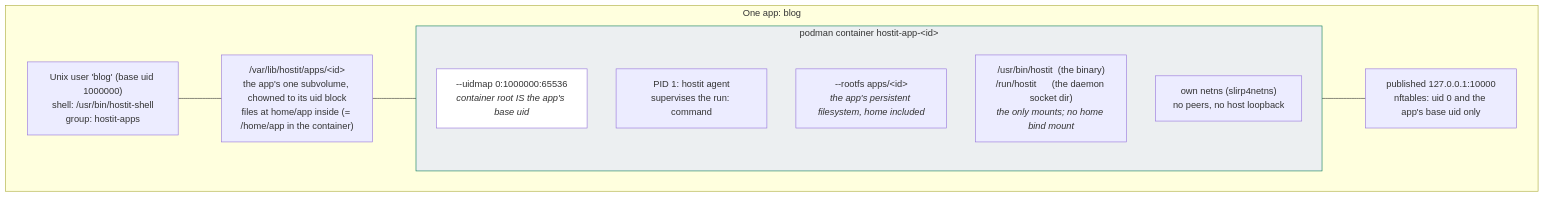
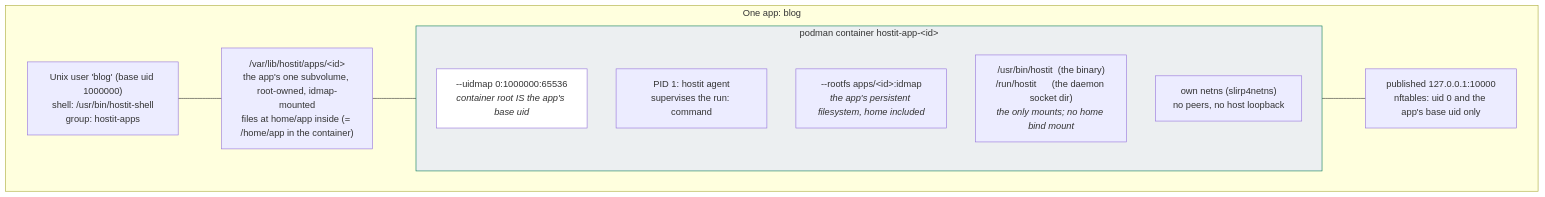
The diagram in docs/architecture/isolation.md (binwiederhier/hostit), drawn with Mermaid before and after one commit. The commit also changed other lines of this file and 14 other files, not shown here.

````diff
--- a/docs/architecture/isolation.md
+++ b/docs/architecture/isolation.md
@@ -10,25 +10,25 @@
 ```mermaid
 flowchart TB
     subgraph one["One app: blog"]
         user["Unix user 'blog' (base uid 1000000)<br/>shell: /usr/bin/hostit-shell<br/>group: hostit-apps"]
-        subvol["/var/lib/hostit/apps/&lt;id&gt;<br/>the app's one subvolume, chowned to its uid block<br/>files at home/app inside (= /home/app in the container)"]
+        subvol["/var/lib/hostit/apps/&lt;id&gt;<br/>the app's one subvolume, root-owned, idmap-mounted<br/>files at home/app inside (= /home/app in the container)"]
 
         subgraph container["podman container hostit-app-&lt;id&gt;"]
             direction TB
             idmap["--uidmap 0:1000000:65536<br/><i>container root IS the app's base uid</i>"]
             pid1["PID 1: hostit agent<br/>supervises the run: command"]
-            rootfs["--rootfs apps/&lt;id&gt;<br/><i>the app's persistent filesystem, home included</i>"]
+            rootfs["--rootfs apps/&lt;id&gt;:idmap<br/><i>the app's persistent filesystem, home included</i>"]
             mounts["/usr/bin/hostit  (the binary)<br/>/run/hostit      (the daemon socket dir)<br/><i>the only mounts; no home bind mount</i>"]
             net["own netns (slirp4netns)<br/>no peers, no host loopback"]
         end
 
         port["published 127.0.0.1:10000<br/>nftables: uid 0 and the app's base uid only"]
     end
 
     user --- subvol
     subvol --- container
     container --- port
 
     style container fill:#eceff1,stroke:#047857
     style idmap fill:#fff
 ```
````
